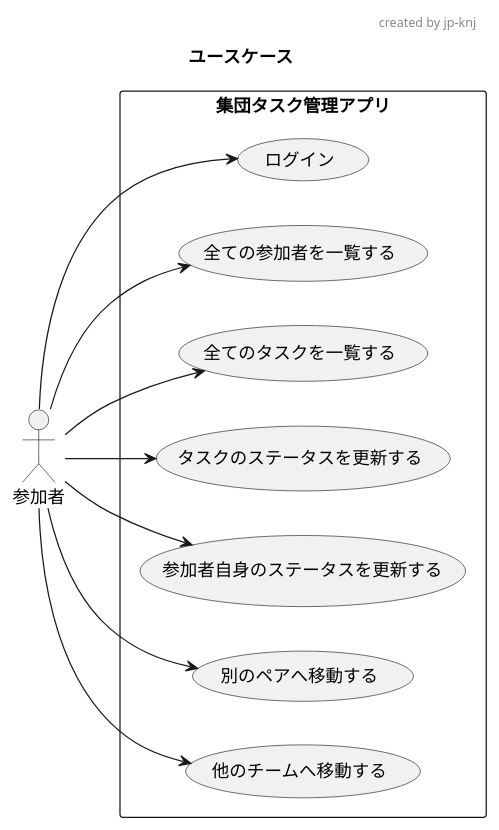
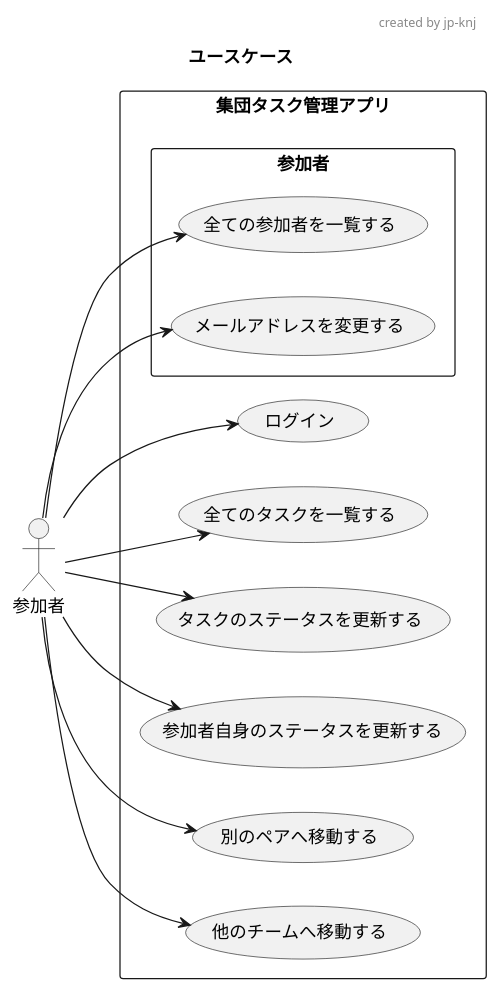
Before and after one commit to knj-labo/learn_ddd: the diagram in docs/usecase.puml, drawn with PlantUML. The commit also changed 3 other files, not shown here.

Commit message:
:sparkles: follow usecase update email

```diff
--- a/docs/usecase.puml
+++ b/docs/usecase.puml
@@ -1,31 +1,37 @@
 @startuml
 'https://plantuml.com/ja/use-case-diagram
 
 title ユースケース
 header created by jp-knj
 
 left to right direction
 actor "参加者" as Actor
 rectangle 集団タスク管理アプリ {
   usecase "ログイン" as AuthenticationUC1
   Actor --> AuthenticationUC1
 
-  usecase "全ての参加者を一覧する" as AllUsersUC1
-  Actor --> AllUsersUC1
+  rectangle 参加者 {
+    usecase "全ての参加者を一覧する" as MemberGetAllUseCase
+    Actor --> MemberGetAllUseCase
+
+    usecase "メールアドレスを変更する" as MemberUpdateEmailUseCase
+    Actor --> MemberUpdateEmailUseCase
+  }
+
 
   usecase "全てのタスクを一覧する" as TaskUC1
   Actor --> TaskUC1
 
   usecase "タスクのステータスを更新する" as TaskUC2
   Actor --> TaskUC2
 
   usecase "参加者自身のステータスを更新する" as MemberUC1
   Actor --> MemberUC1
 
   usecase "別のペアへ移動する" as PairUC1
   Actor --> PairUC1
 
   usecase "他のチームへ移動する" as TeamUC1
   Actor --> TeamUC1
 }
 @enduml
```
